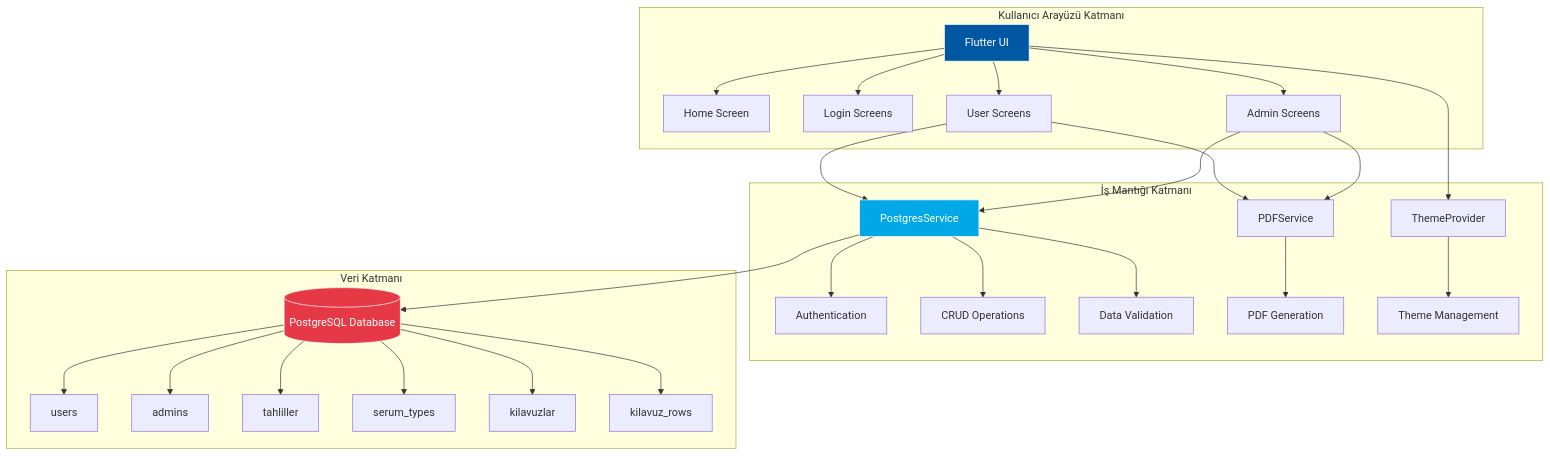
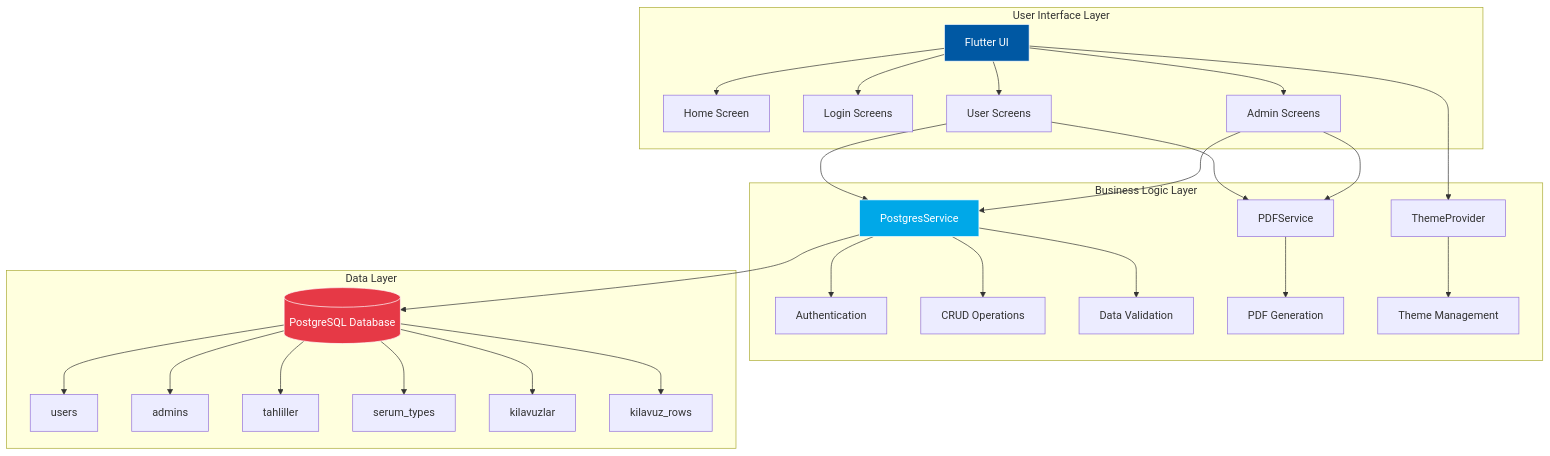
One commit to diclebolek/E_Lab_System changed the first of 5 diagrams in README.md. Above: the diagram before and after it, drawn with Mermaid. The commit also changed other lines of this file, not shown here.

Commit message:
Mermaid diyagramlarÄ± GitHub uyumluluÄŸu iÃ§in dÃ¼zeltildi

````diff
--- a/README.md
+++ b/README.md
@@ -265,38 +265,38 @@
 ```mermaid
 graph TB
-    subgraph "Kullanıcı Arayüzü Katmanı"
+    subgraph UI["User Interface Layer"]
         A[Flutter UI] --> B[Home Screen]
         A --> C[Login Screens]
         A --> D[User Screens]
         A --> E[Admin Screens]
     end
     
-    subgraph "İş Mantığı Katmanı"
+    subgraph BL["Business Logic Layer"]
         F[PostgresService] --> G[Authentication]
         F --> H[CRUD Operations]
         F --> I[Data Validation]
         J[PDFService] --> K[PDF Generation]
         L[ThemeProvider] --> M[Theme Management]
     end
     
-    subgraph "Veri Katmanı"
+    subgraph DL["Data Layer"]
         N[(PostgreSQL Database)]
         N --> O[users]
         N --> P[admins]
         N --> Q[tahliller]
         N --> R[serum_types]
         N --> S[kilavuzlar]
         N --> T[kilavuz_rows]
     end
     
     D --> F
     E --> F
     F --> N
     D --> J
     E --> J
     A --> L
     
     style A fill:#0058A3,stroke:#fff,color:#fff
     style F fill:#00A8E8,stroke:#fff,color:#fff
     style N fill:#E63946,stroke:#fff,color:#fff
 ```
````
